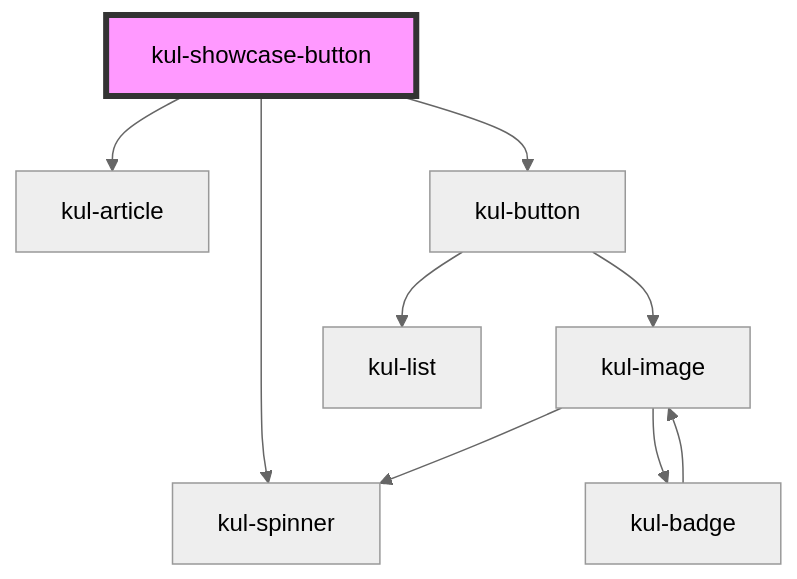
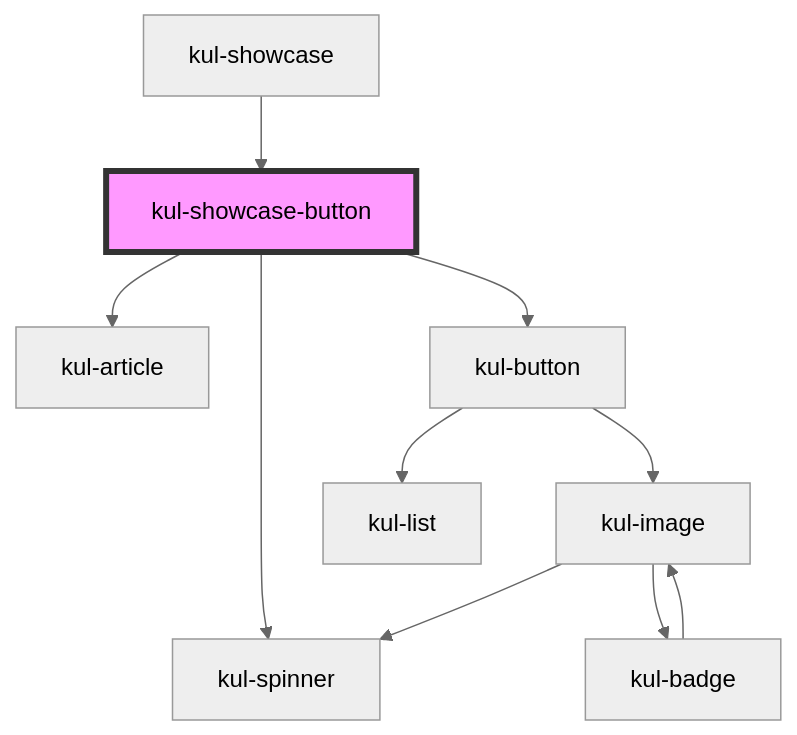
The diagram in packages/ketchup-lite/src/components/kul-showcase/components/button/readme.md (lucafoscili/ketchup-lite), drawn with Mermaid (neutral theme) before and after one commit. The commit also changed other lines of this file and 45 other files, not shown here.

````diff
--- a/packages/ketchup-lite/src/components/kul-showcase/components/button/readme.md
+++ b/packages/ketchup-lite/src/components/kul-showcase/components/button/readme.md
@@ -24,12 +28,13 @@
 ```mermaid
 graph TD;
   kul-showcase-button --> kul-article
   kul-showcase-button --> kul-button
   kul-showcase-button --> kul-spinner
   kul-button --> kul-image
   kul-button --> kul-list
   kul-image --> kul-spinner
   kul-image --> kul-badge
   kul-badge --> kul-image
+  kul-showcase --> kul-showcase-button
   style kul-showcase-button fill:#f9f,stroke:#333,stroke-width:4px
 ```
````
